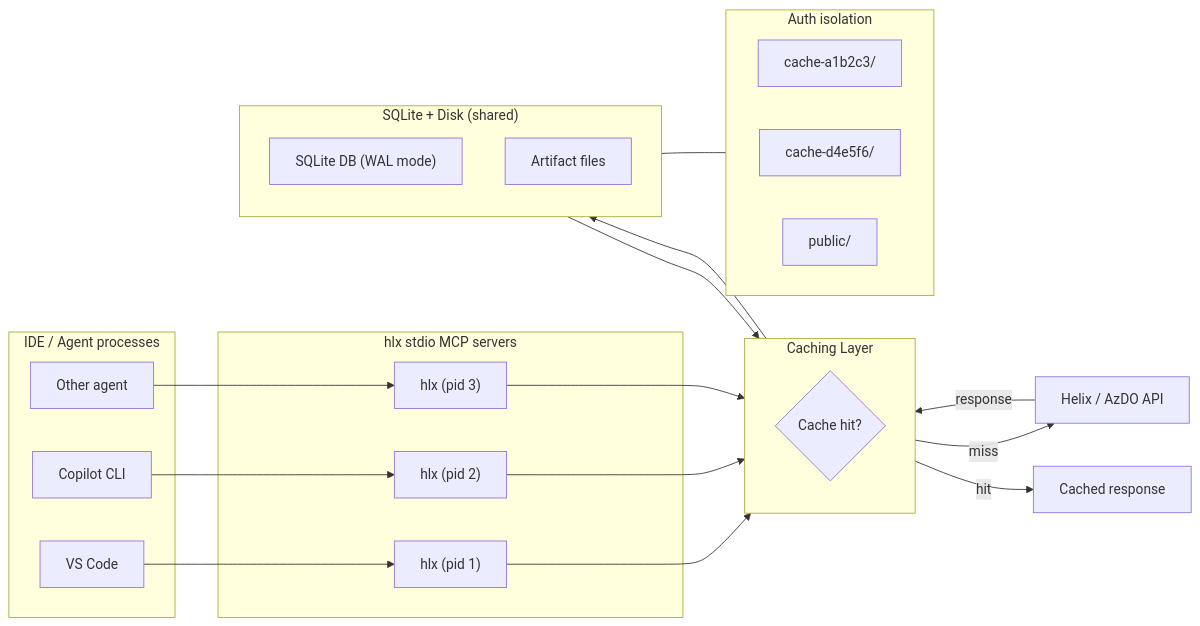
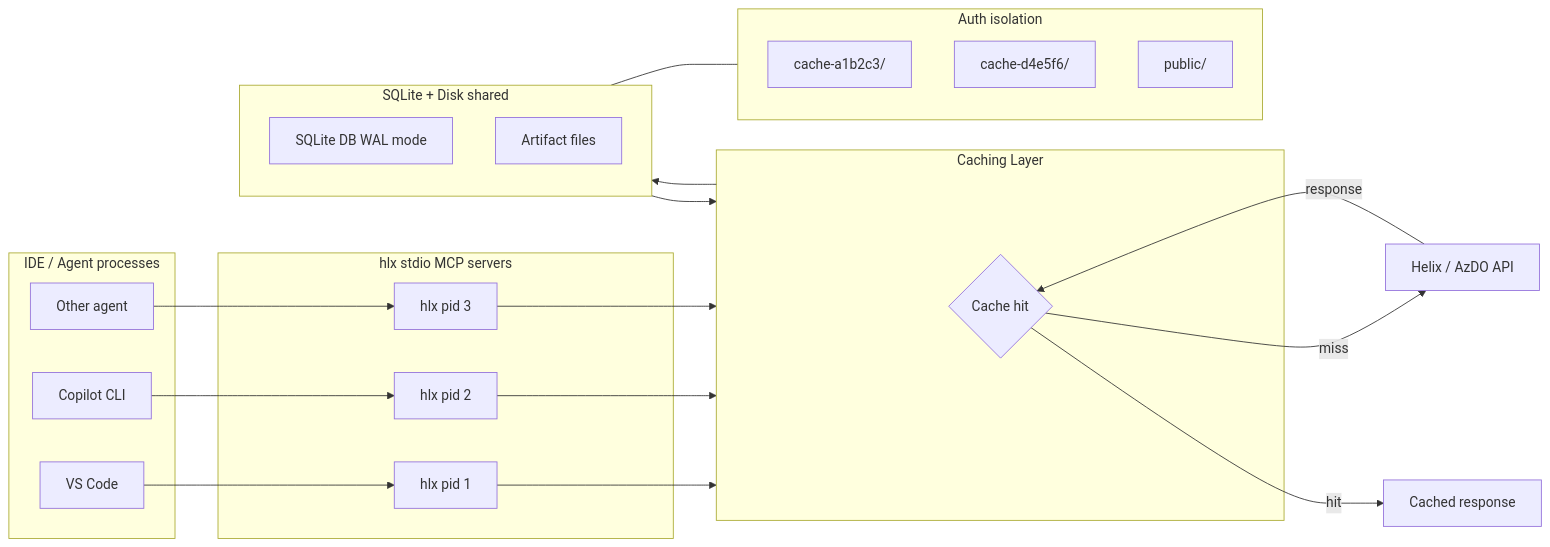
Before and after one commit to lewing/helix.mcp: the diagram in README.md, drawn with Mermaid.

Commit message:
fix: remove direction directives and special chars from mermaid diagram
GitHub's mermaid renderer crashes on `direction TB/LR` inside subgraphs
and `?` in diamond node labels. Simplified to flat subgraphs and removed
parentheses from node labels.

````diff
--- a/README.md
+++ b/README.md
@@ -43,49 +43,46 @@
 ```mermaid
 flowchart LR
     subgraph IDEs["IDE / Agent processes"]
         A1["VS Code"]
         A2["Copilot CLI"]
         A3["Other agent"]
     end
 
     subgraph Stdio["hlx stdio MCP servers"]
-        P1["hlx (pid 1)"]
-        P2["hlx (pid 2)"]
-        P3["hlx (pid 3)"]
+        P1["hlx pid 1"]
+        P2["hlx pid 2"]
+        P3["hlx pid 3"]
     end
 
     A1 --> P1
     A2 --> P2
     A3 --> P3
 
     P1 --> Cache
     P2 --> Cache
     P3 --> Cache
 
     subgraph Cache["Caching Layer"]
-        direction TB
-        Check{"Cache hit?"}
+        Check{"Cache hit"}
     end
 
     Check -- miss --> API["Helix / AzDO API"]
     API -- response --> Check
     Check -- hit --> Result["Cached response"]
 
-    subgraph Store["SQLite + Disk (shared)"]
-        direction TB
-        DB["SQLite DB (WAL mode)"]
+    subgraph Store["SQLite + Disk shared"]
+        DB["SQLite DB WAL mode"]
         Artifacts["Artifact files"]
     end
 
     Cache --> Store
     Store --> Cache
 
     subgraph Isolation["Auth isolation"]
-        direction LR
         T1["cache-a1b2c3/"]
         T2["cache-d4e5f6/"]
         T3["public/"]
     end
 
     Store --- Isolation
 ```
````
